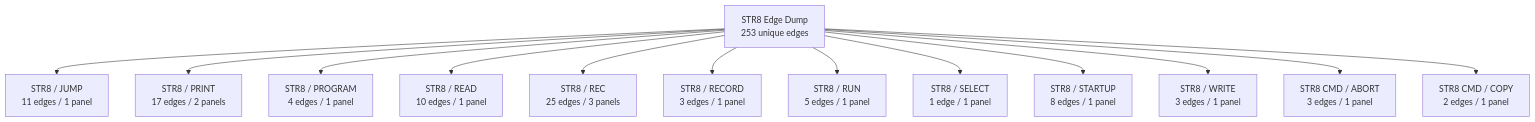
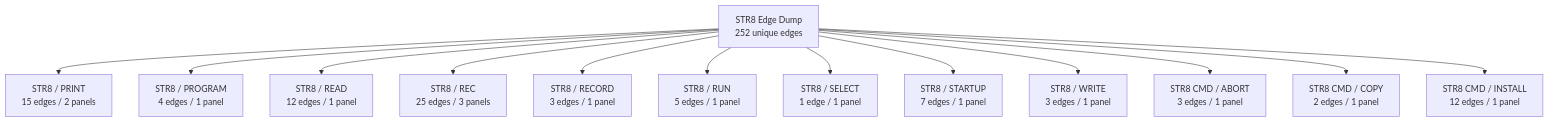
The second of 42 diagrams in DOC/GUIDES/STR8/STR8_EDGE_DUMP.md (95westus/R-YORS), drawn with Mermaid before and after one commit. The commit also changed other lines of this file and 25 other files, not shown here.

````diff
--- a/DOC/GUIDES/STR8/STR8_EDGE_DUMP.md
+++ b/DOC/GUIDES/STR8/STR8_EDGE_DUMP.md
@@ -44,15 +44,15 @@
 ```mermaid
 flowchart TD
-    EDGE_ATLAS_ROOT_1["STR8 Edge Dump<br/>253 unique edges"] --> EDGE_FAMILY_1_0["STR8 / JUMP<br/>11 edges / 1 panel"]
-    EDGE_ATLAS_ROOT_1["STR8 Edge Dump<br/>253 unique edges"] --> EDGE_FAMILY_1_1["STR8 / PRINT<br/>17 edges / 2 panels"]
-    EDGE_ATLAS_ROOT_1["STR8 Edge Dump<br/>253 unique edges"] --> EDGE_FAMILY_1_2["STR8 / PROGRAM<br/>4 edges / 1 panel"]
-    EDGE_ATLAS_ROOT_1["STR8 Edge Dump<br/>253 unique edges"] --> EDGE_FAMILY_1_3["STR8 / READ<br/>10 edges / 1 panel"]
-    EDGE_ATLAS_ROOT_1["STR8 Edge Dump<br/>253 unique edges"] --> EDGE_FAMILY_1_4["STR8 / REC<br/>25 edges / 3 panels"]
-    EDGE_ATLAS_ROOT_1["STR8 Edge Dump<br/>253 unique edges"] --> EDGE_FAMILY_1_5["STR8 / RECORD<br/>3 edges / 1 panel"]
-    EDGE_ATLAS_ROOT_1["STR8 Edge Dump<br/>253 unique edges"] --> EDGE_FAMILY_1_6["STR8 / RUN<br/>5 edges / 1 panel"]
-    EDGE_ATLAS_ROOT_1["STR8 Edge Dump<br/>253 unique edges"] --> EDGE_FAMILY_1_7["STR8 / SELECT<br/>1 edge / 1 panel"]
-    EDGE_ATLAS_ROOT_1["STR8 Edge Dump<br/>253 unique edges"] --> EDGE_FAMILY_1_8["STR8 / STARTUP<br/>8 edges / 1 panel"]
-    EDGE_ATLAS_ROOT_1["STR8 Edge Dump<br/>253 unique edges"] --> EDGE_FAMILY_1_9["STR8 / WRITE<br/>3 edges / 1 panel"]
-    EDGE_ATLAS_ROOT_1["STR8 Edge Dump<br/>253 unique edges"] --> EDGE_FAMILY_1_10["STR8 CMD / ABORT<br/>3 edges / 1 panel"]
-    EDGE_ATLAS_ROOT_1["STR8 Edge Dump<br/>253 unique edges"] --> EDGE_FAMILY_1_11["STR8 CMD / COPY<br/>2 edges / 1 panel"]
+    EDGE_ATLAS_ROOT_1["STR8 Edge Dump<br/>252 unique edges"] --> EDGE_FAMILY_1_0["STR8 / PRINT<br/>15 edges / 2 panels"]
+    EDGE_ATLAS_ROOT_1["STR8 Edge Dump<br/>252 unique edges"] --> EDGE_FAMILY_1_1["STR8 / PROGRAM<br/>4 edges / 1 panel"]
+    EDGE_ATLAS_ROOT_1["STR8 Edge Dump<br/>252 unique edges"] --> EDGE_FAMILY_1_2["STR8 / READ<br/>12 edges / 1 panel"]
+    EDGE_ATLAS_ROOT_1["STR8 Edge Dump<br/>252 unique edges"] --> EDGE_FAMILY_1_3["STR8 / REC<br/>25 edges / 3 panels"]
+    EDGE_ATLAS_ROOT_1["STR8 Edge Dump<br/>252 unique edges"] --> EDGE_FAMILY_1_4["STR8 / RECORD<br/>3 edges / 1 panel"]
+    EDGE_ATLAS_ROOT_1["STR8 Edge Dump<br/>252 unique edges"] --> EDGE_FAMILY_1_5["STR8 / RUN<br/>5 edges / 1 panel"]
+    EDGE_ATLAS_ROOT_1["STR8 Edge Dump<br/>252 unique edges"] --> EDGE_FAMILY_1_6["STR8 / SELECT<br/>1 edge / 1 panel"]
+    EDGE_ATLAS_ROOT_1["STR8 Edge Dump<br/>252 unique edges"] --> EDGE_FAMILY_1_7["STR8 / STARTUP<br/>7 edges / 1 panel"]
+    EDGE_ATLAS_ROOT_1["STR8 Edge Dump<br/>252 unique edges"] --> EDGE_FAMILY_1_8["STR8 / WRITE<br/>3 edges / 1 panel"]
+    EDGE_ATLAS_ROOT_1["STR8 Edge Dump<br/>252 unique edges"] --> EDGE_FAMILY_1_9["STR8 CMD / ABORT<br/>3 edges / 1 panel"]
+    EDGE_ATLAS_ROOT_1["STR8 Edge Dump<br/>252 unique edges"] --> EDGE_FAMILY_1_10["STR8 CMD / COPY<br/>2 edges / 1 panel"]
+    EDGE_ATLAS_ROOT_1["STR8 Edge Dump<br/>252 unique edges"] --> EDGE_FAMILY_1_11["STR8 CMD / INSTALL<br/>12 edges / 1 panel"]
 ```
````
